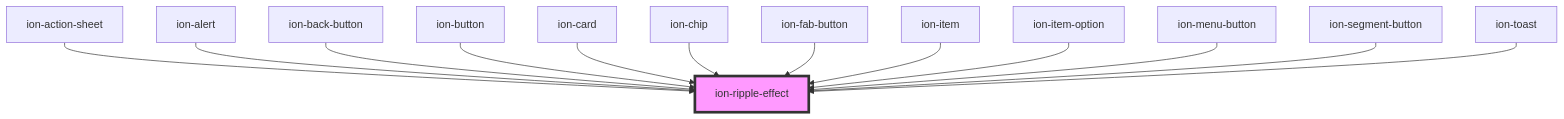
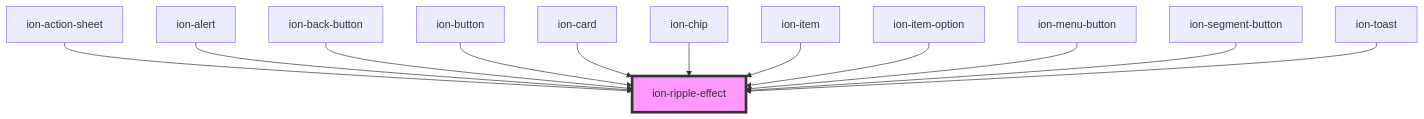
Before and after one commit to MEDGRUPOGIT/ionic-framework-1: the diagram in core/src/components/ripple-effect/readme.md, drawn with Mermaid. The commit also changed other lines of this file and 486 other files, not shown here.

````diff
--- a/core/src/components/ripple-effect/readme.md
+++ b/core/src/components/ripple-effect/readme.md
@@ -226,16 +225,15 @@
 ```mermaid
 graph TD;
   ion-action-sheet --> ion-ripple-effect
   ion-alert --> ion-ripple-effect
   ion-back-button --> ion-ripple-effect
   ion-button --> ion-ripple-effect
   ion-card --> ion-ripple-effect
   ion-chip --> ion-ripple-effect
-  ion-fab-button --> ion-ripple-effect
   ion-item --> ion-ripple-effect
   ion-item-option --> ion-ripple-effect
   ion-menu-button --> ion-ripple-effect
   ion-segment-button --> ion-ripple-effect
   ion-toast --> ion-ripple-effect
   style ion-ripple-effect fill:#f9f,stroke:#333,stroke-width:4px
 ```
````
